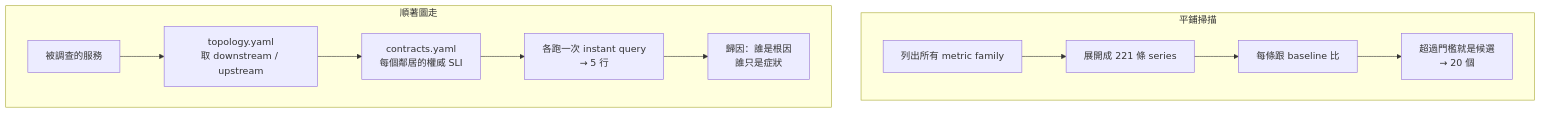
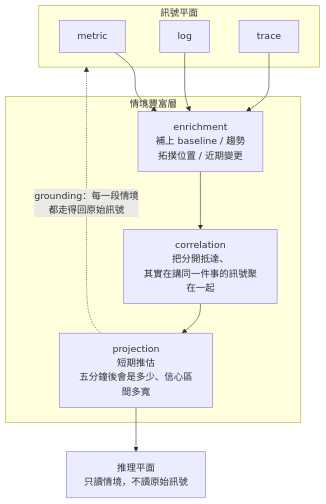
The first of 2 diagrams in weaver-demo/ironman-2026/day17.md (tedmax100/o11y-bench), drawn with Mermaid before and after one commit. The commit also changed other lines of this file and 81 other files, not shown here.

````diff
--- a/weaver-demo/ironman-2026/day17.md
+++ b/weaver-demo/ironman-2026/day17.md
@@ -63,14 +77,19 @@
 ```mermaid
 flowchart TB
-    subgraph FLAT["平鋪掃描"]
-        A1["列出所有 metric family"] --> A2["展開成 221 條 series"]
-        A2 --> A3["每條跟 baseline 比"]
-        A3 --> A4["超過門檻就是候選<br/>→ 20 個"]
+    subgraph SP["訊號平面"]
+        M["metric"]
+        L["log"]
+        T["trace"]
     end
-    subgraph WALK["順著圖走"]
-        B1["被調查的服務"] --> B2["topology.yaml<br/>取 downstream / upstream"]
-        B2 --> B3["contracts.yaml<br/>每個鄰居的權威 SLI"]
-        B3 --> B4["各跑一次 instant query<br/>→ 5 行"]
-        B4 --> B5["歸因：誰是根因<br/>誰只是症狀"]
+    subgraph CEL["情境豐富層"]
+        E["enrichment<br/>補上 baseline / 趨勢<br/>拓撲位置 / 近期變更"]
+        C["correlation<br/>把分開抵達、<br/>其實在講同一件事的訊號聚在一起"]
+        P["projection<br/>短期推估<br/>五分鐘後會是多少、信心區間多寬"]
     end
+    RP["推理平面<br/>只讀情境，不讀原始訊號"]
+    M --> E
+    L --> E
+    T --> E
+    E --> C --> P --> RP
+    P -.->|"grounding：每一段情境<br/>都走得回原始訊號"| SP
 ```
````
